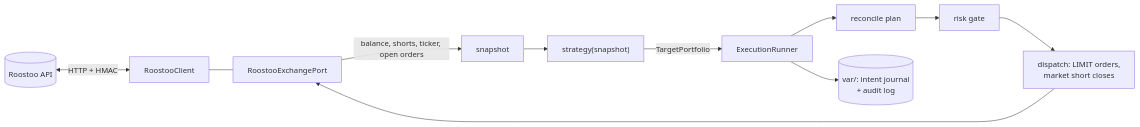
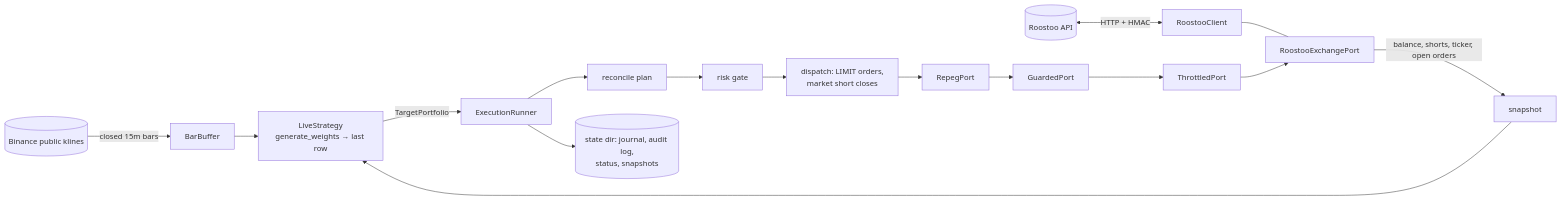
One commit to spacks-byte/situational_unawarness changed the third of 3 diagrams in docs/ARCHITECTURE.md. Above: the diagram before and after it, drawn with Mermaid. The commit also changed other lines of this file and 49 other files, not shown here.

First line of the commit message:
Port RXM strategy into tradebot; add unattended live runner and candle bridge

````diff
--- a/docs/ARCHITECTURE.md
+++ b/docs/ARCHITECTURE.md
@@ -59,11 +74,13 @@
 ```mermaid
 flowchart LR
+    BN[(Binance public klines)] -->|closed 15m bars| BB[BarBuffer]
+    BB --> LS["LiveStrategy<br/>generate_weights → last row"]
     R[(Roostoo API)] <-->|HTTP + HMAC| C[RoostooClient]
     C --- P[RoostooExchangePort]
     P -->|balance, shorts, ticker, open orders| SN[snapshot]
-    SN --> ST["strategy(snapshot)"]
-    ST -->|TargetPortfolio| RUN[ExecutionRunner]
+    SN --> LS
+    LS -->|TargetPortfolio| RUN[ExecutionRunner]
     RUN --> PL[reconcile plan] --> RK[risk gate] --> DP[dispatch: LIMIT orders,<br/>market short closes]
-    DP --> P
-    RUN --> J[(var/: intent journal<br/>+ audit log)]
+    DP --> RP[RepegPort] --> GP[GuardedPort] --> TP[ThrottledPort] --> P
+    RUN --> J[(state dir: journal, audit log,<br/>status, snapshots)]
 ```
````
